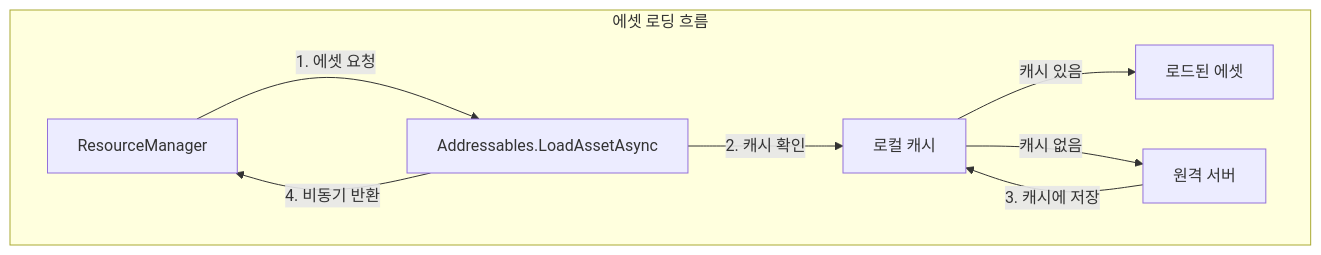
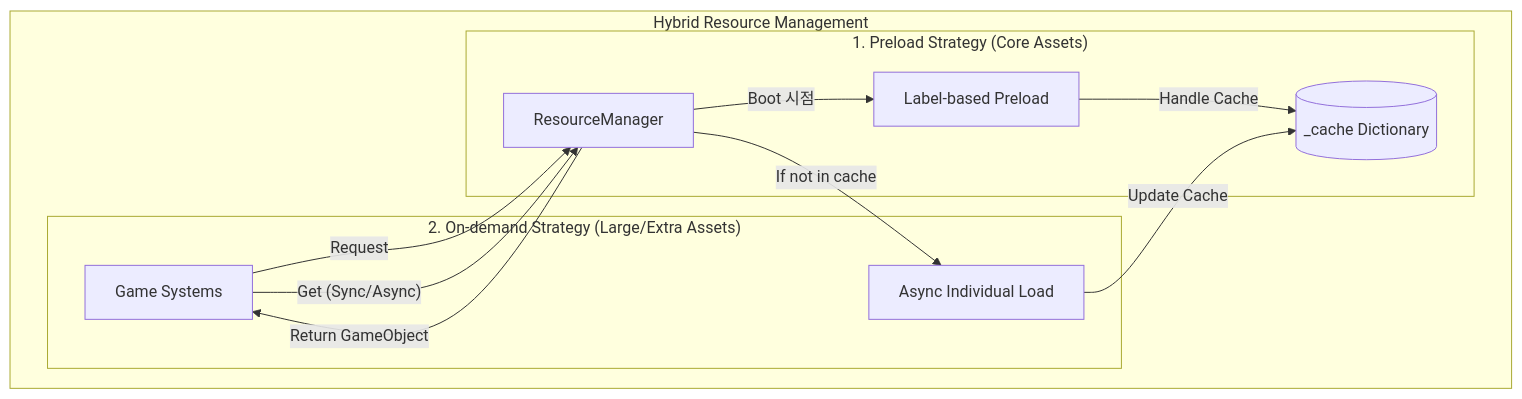
Before and after one commit to ProgramingLanguageStudy/Project-Starfall: the second of 8 diagrams in README.md, drawn with Mermaid. The commit also changed other lines of this file, not shown here.

````diff
--- a/README.md
+++ b/README.md
@@ -68,11 +122,20 @@
 ```mermaid
 flowchart TD
-    subgraph "에셋 로딩 흐름"
-        Loader["ResourceManager"] -->|"1. 에셋 요청"| Addressables["Addressables.LoadAssetAsync"]
-        Addressables -->|"2. 캐시 확인"| Cache["로컬 캐시"]
-        Cache -->|"캐시 있음"| Asset["로드된 에셋"]
-        Cache -->|"캐시 없음"| Remote["원격 서버"]
-        Remote -->|"3. 캐시에 저장"| Cache
-        Addressables -->|"4. 비동기 반환"| Loader
+    subgraph "Hybrid Resource Management"
+        Loader["ResourceManager"]
+        
+        subgraph "1. Preload Strategy (Core Assets)"
+            Loader -->|"Boot 시점"| PL["Label-based Preload"]
+            PL -->|"Handle Cache"| Cache[("_cache Dictionary")]
+        end
+        
+        subgraph "2. On-demand Strategy (Large/Extra Assets)"
+            System["Game Systems"] -->|"Request"| Loader
+            Loader -->|"If not in cache"| AL["Async Individual Load"]
+            AL -->|"Update Cache"| Cache
+        end
+        
+        System -->|"Get (Sync/Async)"| Loader
+        Loader -->|"Return GameObject"| System
     end
 ```
````
